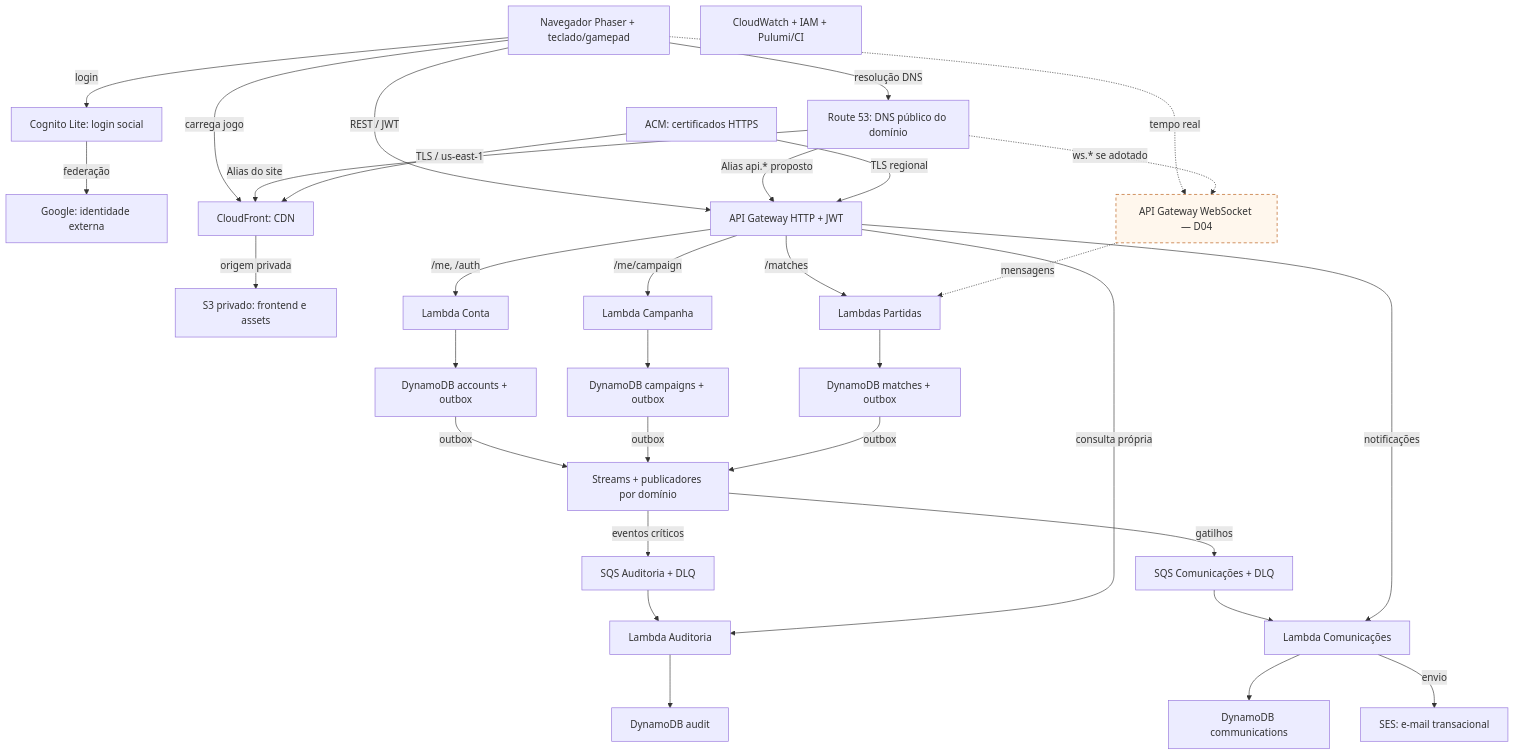
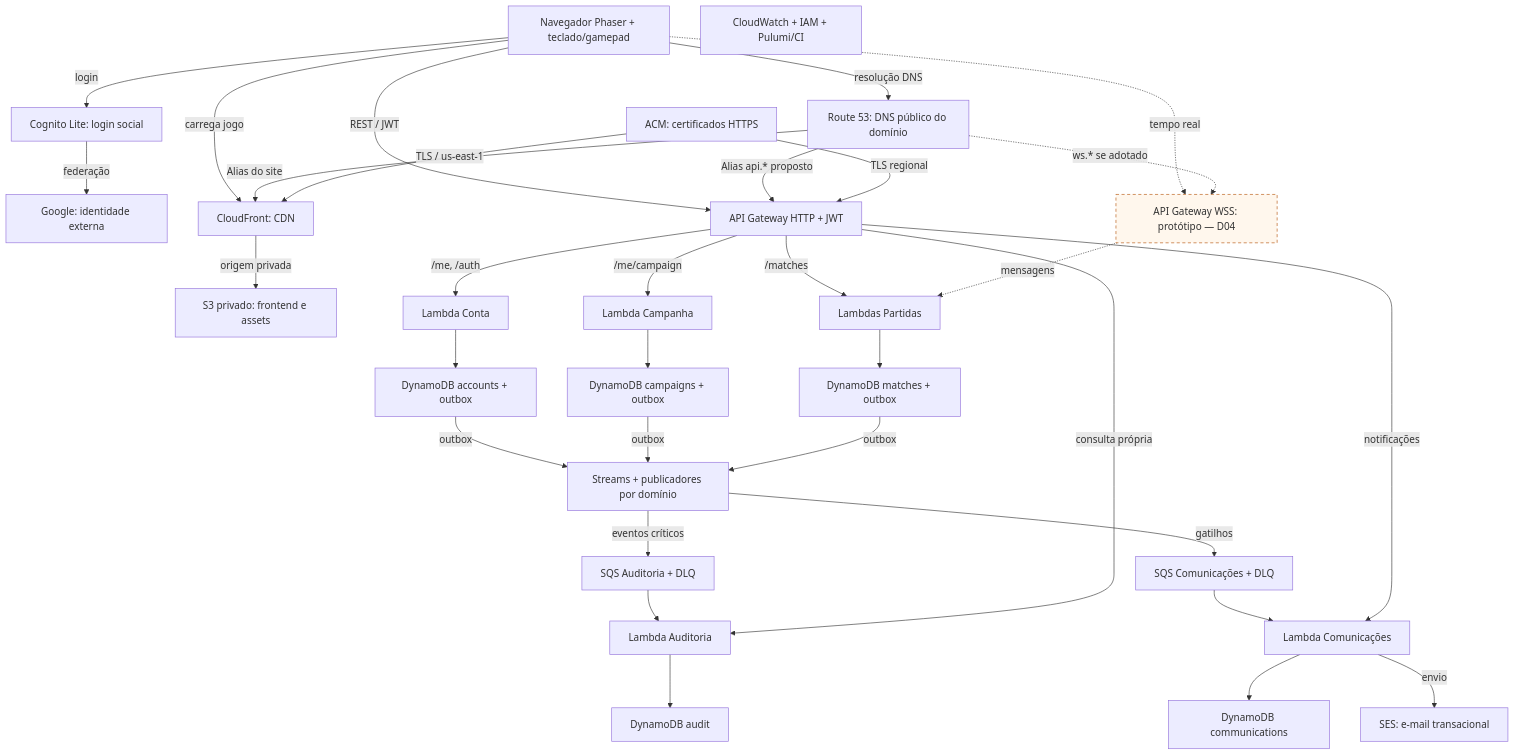
One commit to ViViJp/jogo-projeto-topicos-especiais changed the first of 8 diagrams in isn/docs/sprint1/05-diagramas-de-blocos.md. Above: the diagram before and after it, drawn with Mermaid. The commit also changed other lines of this file and 34 other files, not shown here.

````diff
--- a/isn/docs/sprint1/05-diagramas-de-blocos.md
+++ b/isn/docs/sprint1/05-diagramas-de-blocos.md
@@ -18,60 +13,60 @@
 ```mermaid
 flowchart TD
   browser["Navegador Phaser + teclado/gamepad"]
   s3["S3 privado: frontend e assets"]
   google["Google: identidade externa"]
   cdn["CloudFront: CDN"]
   cognito["Cognito Lite: login social"]
   http["API Gateway HTTP + JWT"]
-  ws["API Gateway WebSocket — D04"]
+  ws["API Gateway WSS: protótipo — D04"]
   account["Lambda Conta"]
   campaign["Lambda Campanha"]
   match["Lambdas Partidas"]
   accountdb["DynamoDB accounts + outbox"]
   savedb["DynamoDB campaigns + outbox"]
   matchdb["DynamoDB matches + outbox"]
   events["Streams + publicadores por domínio"]
   auditq["SQS Auditoria + DLQ"]
   comq["SQS Comunicações + DLQ"]
   audit["Lambda Auditoria"]
   com["Lambda Comunicações"]
   auditdb["DynamoDB audit"]
   comdb["DynamoDB communications"]
   ses["SES: e-mail transacional"]
   ops["CloudWatch + IAM + Pulumi/CI"]
   dns["Route 53: DNS público do domínio"]
   acm["ACM: certificados HTTPS"]
   browser -->|"carrega jogo"| cdn
   cdn -->|"origem privada"| s3
   browser -->|"login"| cognito
   cognito -->|"federação"| google
   browser -->|"REST / JWT"| http
   browser -.->|"tempo real"| ws
   http -->|"/me, /auth"| account
   http -->|"/me/campaign"| campaign
   http -->|"/matches"| match
   ws -.->|"mensagens"| match
   account --> accountdb
   campaign --> savedb
   match --> matchdb
   accountdb -->|"outbox"| events
   savedb -->|"outbox"| events
   matchdb -->|"outbox"| events
   events -->|"eventos críticos"| auditq
   events -->|"gatilhos"| comq
   auditq --> audit
   comq --> com
   audit --> auditdb
   com --> comdb
   com -->|"envio"| ses
   http -->|"consulta própria"| audit
   http -->|"notificações"| com
   browser -->|"resolução DNS"| dns
   dns -->|"Alias do site"| cdn
   dns -->|"Alias api.* proposto"| http
   dns -.->|"ws.* se adotado"| ws
   acm -->|"TLS / us-east-1"| cdn
   acm -->|"TLS regional"| http
   classDef pending fill:#fff7ed,stroke:#b45309,stroke-dasharray:5 4
   class ws pending
 ```
````
